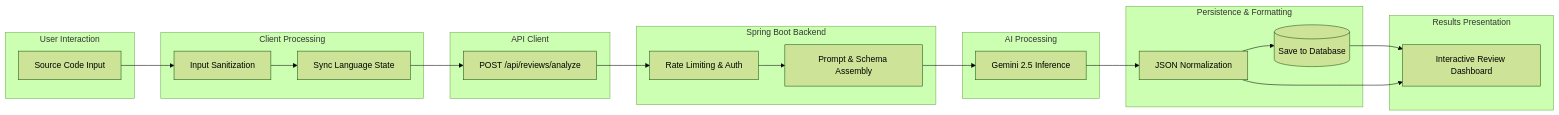
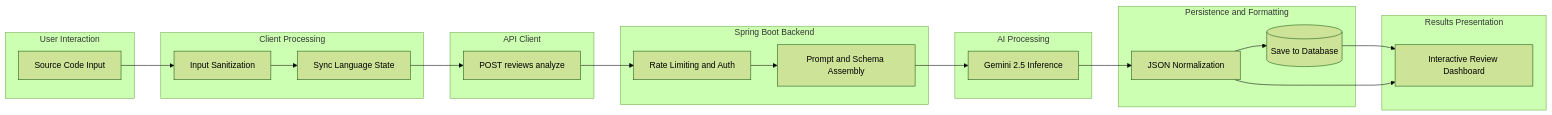
Diagram 11 of 11 in README.md (Raj-Panwar/AICode-Reviewer), drawn with Mermaid (forest theme) before and after one commit. The commit also changed other lines of this file, not shown here.

First line of the commit message:
docs: update flowchart labels in README

````diff
--- a/README.md
+++ b/README.md
@@ -791,43 +791,43 @@
 ```mermaid
 flowchart LR
     subgraph UserAction [User Interaction]
         Code[Source Code Input]
     end
 
     subgraph ClientProcess [Client Processing]
         Validation[Input Sanitization]
         StateSync[Sync Language State]
         Code --> Validation
         Validation --> StateSync
     end
 
     subgraph Transport [API Client]
-        HTTPPost[POST /api/reviews/analyze]
+        HTTPPost[POST reviews analyze]
         StateSync --> HTTPPost
     end
 
     subgraph BackendProcess [Spring Boot Backend]
-        RateLimit[Rate Limiting & Auth]
-        PromptEngine[Prompt & Schema Assembly]
+        RateLimit[Rate Limiting and Auth]
+        PromptEngine[Prompt and Schema Assembly]
         HTTPPost --> RateLimit
         RateLimit --> PromptEngine
     end
 
     subgraph AIInference [AI Processing]
         GeminiInference[Gemini 2.5 Inference]
         PromptEngine --> GeminiInference
     end
 
-    subgraph Persistence [Persistence & Formatting]
+    subgraph Persistence [Persistence and Formatting]
         Normalize[JSON Normalization]
         DBStore[(Save to Database)]
         GeminiInference --> Normalize
         Normalize --> DBStore
     end
 
     subgraph ClientPresentation [Results Presentation]
         ReportRender[Interactive Review Dashboard]
         DBStore --> ReportRender
         Normalize --> ReportRender
     end
 ```
````
